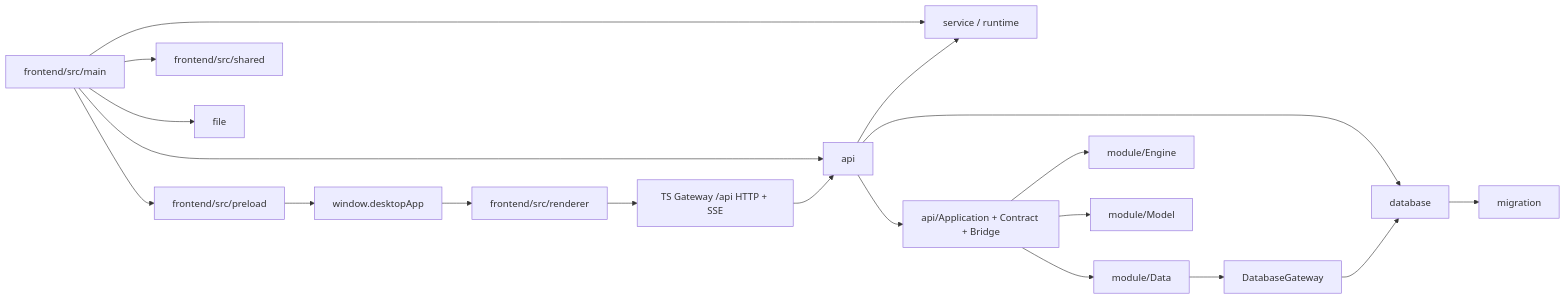
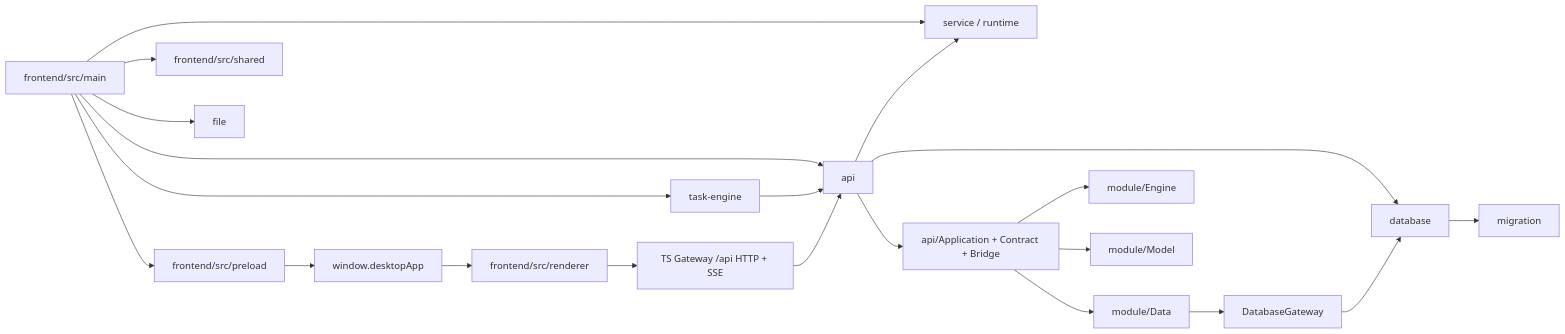
The first of 3 diagrams in docs/ARCHITECTURE.md (neavo/LinguaGacha), drawn with Mermaid before and after one commit. The commit also changed other lines of this file and 67 other files, not shown here.

````diff
--- a/docs/ARCHITECTURE.md
+++ b/docs/ARCHITECTURE.md
@@ -8,21 +8,23 @@
 ```mermaid
 flowchart LR
     A["frontend/src/main"] --> O["api"]
     A --> P["service / runtime"]
     O --> P
     O --> M["database"]
     O --> G["api/Application + Contract + Bridge"]
     M --> N["migration"]
+    A --> Q["task-engine"]
+    Q --> O
     A --> B["frontend/src/preload"]
     A --> C["frontend/src/shared"]
     B --> D["window.desktopApp"]
     D --> E["frontend/src/renderer"]
     E --> F["TS Gateway /api HTTP + SSE"]
     F --> O
     G --> H["module/Data"]
     G --> I["module/Engine"]
     G --> K["module/Model"]
     H --> L["DatabaseGateway"]
     L --> M
     A --> J["file"]
 ```
````
